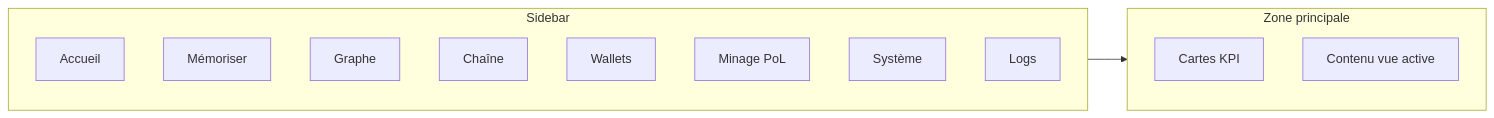
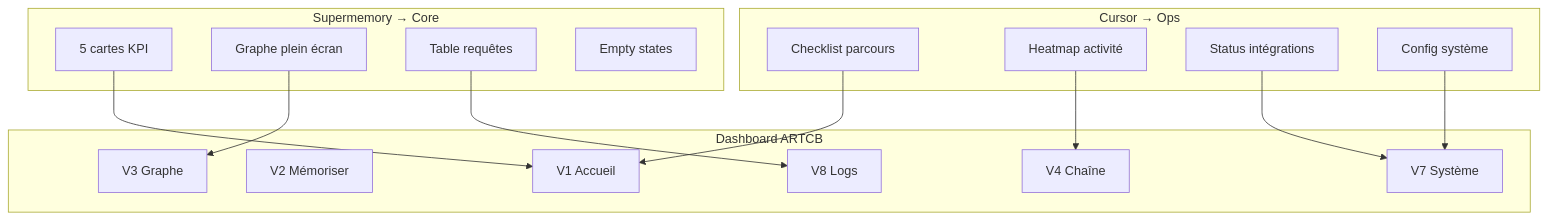
One commit to vgac2025/lvx changed the diagram in rapports/044_analyse_captures_dashboard_plan_validation.md. Above: the diagram before and after it, drawn with Mermaid. The commit also changed other lines of this file and 1 other file, not shown here.

Commit message:
docs: CDC dashboard v1.2 — analyse 50 captures Supermemory + Cursor

````diff
--- a/rapports/044_analyse_captures_dashboard_plan_validation.md
+++ b/rapports/044_analyse_captures_dashboard_plan_validation.md
@@ -96,20 +65,30 @@
 ```mermaid
-flowchart LR
-    subgraph NAV[Sidebar]
-        H[Accueil]
-        M[Mémoriser]
-        G[Graphe]
-        C[Chaîne]
-        W[Wallets]
-        P[Minage PoL]
-        S[Système]
-        L[Logs]
+flowchart TB
+    subgraph SM["Supermemory → Core"]
+        KPI[5 cartes KPI]
+        GRAPH[Graphe plein écran]
+        TABLE[Table requêtes]
+        EMPTY[Empty states]
     end
-
-    subgraph MAIN[Zone principale]
-        KPI[Cartes KPI]
-        CONTENT[Contenu vue active]
+    subgraph CU["Cursor → Ops"]
+        CHECK[Checklist parcours]
+        HEAT[Heatmap activité]
+        STATUS[Status intégrations]
+        CONFIG[Config système]
     end
-
-    NAV --> MAIN
+    subgraph ARTCB["Dashboard ARTCB"]
+        V1[V1 Accueil]
+        V2[V2 Mémoriser]
+        V3[V3 Graphe]
+        V4[V4 Chaîne]
+        V7[V7 Système]
+        V8[V8 Logs]
+    end
+    KPI --> V1
+    CHECK --> V1
+    GRAPH --> V3
+    TABLE --> V8
+    HEAT --> V4
+    STATUS --> V7
+    CONFIG --> V7
 ```
````
